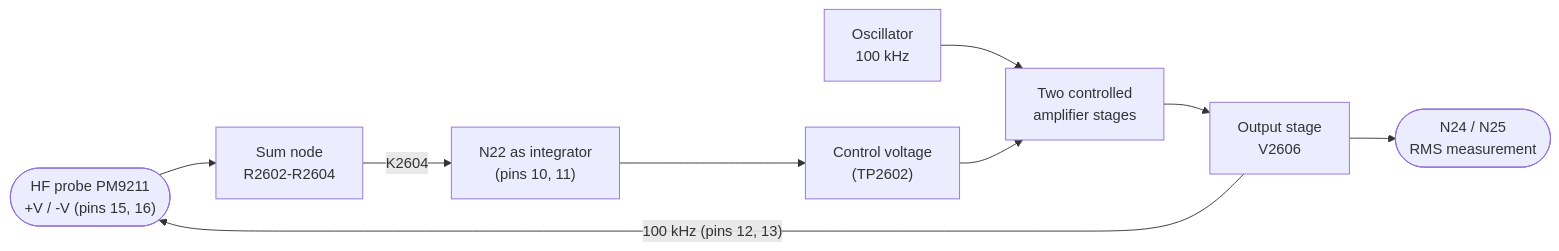
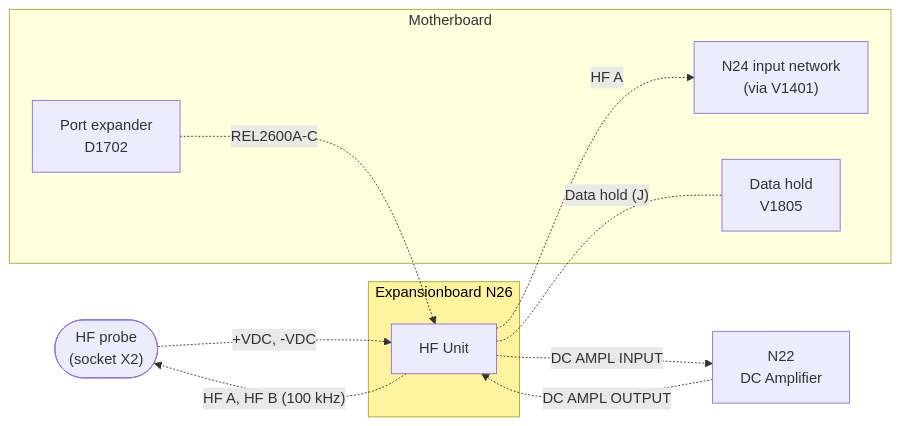
One commit to deqit/PhilipsPM2528 changed the diagram in Deepdive/N26/README.md. Above: the diagram before and after it, drawn with Mermaid. The commit also changed other lines of this file and 91 other files, not shown here.

````diff
--- a/Deepdive/N26/README.md
+++ b/Deepdive/N26/README.md
@@ -12,11 +15,21 @@
 ```mermaid
 flowchart LR
-    PROBE(["HF probe PM9211<br/>+V / -V (pins 15, 16)"]) --> SUM["Sum node<br/>R2602-R2604"]
-    SUM -- "K2604" --> N22["N22 as integrator<br/>(pins 10, 11)"]
-    N22 --> CTRL["Control voltage<br/>(TP2602)"]
-    OSC["Oscillator<br/>100 kHz"] --> AMP["Two controlled<br/>amplifier stages"]
-    CTRL --> AMP
-    AMP --> OUTST["Output stage<br/>V2606"]
-    OUTST -- "100 kHz (pins 12, 13)" --> PROBE
-    OUTST --> N24(["N24 / N25<br/>RMS measurement"])
+    PROBE(["HF probe<br/>(socket X2)"])
+    subgraph N26["Expansionboard N26"]
+        HF["HF Unit"]
+    end
+    N22["N22<br/>DC Amplifier"]
+    subgraph N1["Motherboard"]
+        EXP["Port expander<br/>D1702"]
+        NET["N24 input network<br/>(via V1401)"]
+        DH["Data hold<br/>V1805"]
+    end
+    PROBE -. "+VDC, -VDC" .-> HF
+    HF -. "HF A, HF B (100 kHz)" .-> PROBE
+    HF -. "DC AMPL INPUT" .-> N22
+    N22 -. "DC AMPL OUTPUT" .-> HF
+    HF -. "HF A" .-> NET
+    EXP -. "REL2600A-C" .-> HF
+    HF -. "Data hold (J)" .- DH
+    style N26 fill:#fff3a0,color:#000
 ```
````
